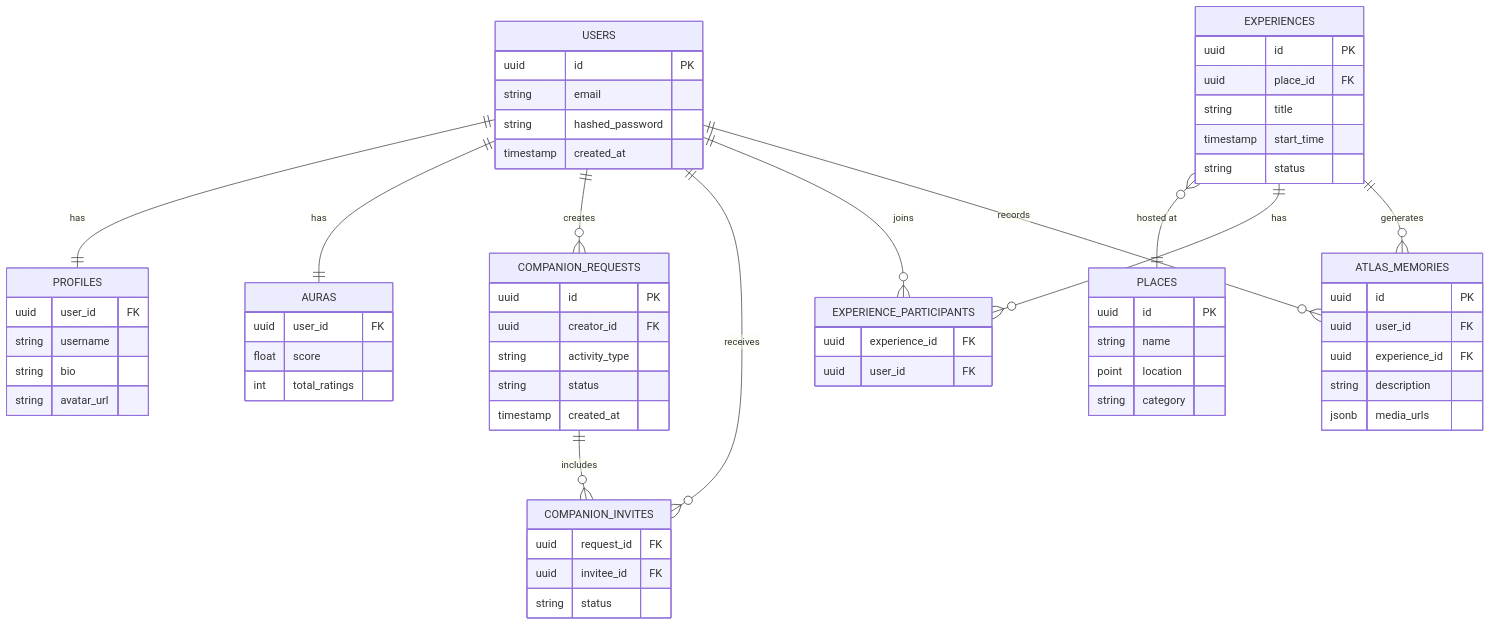
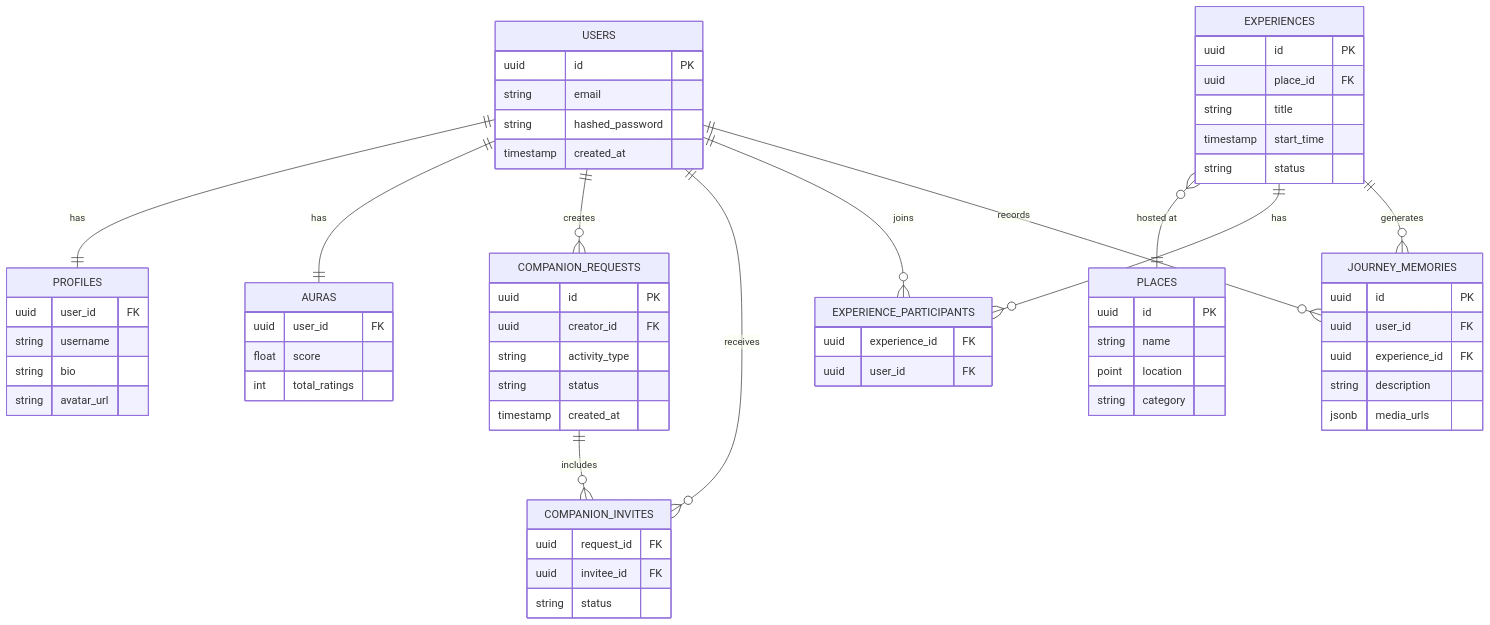
The diagram in docs/02-Database/Master-ER-Diagram.md (nerdlydev/yume), drawn with Mermaid before and after one commit. The commit also changed 18 other files, not shown here.

````diff
--- a/docs/02-Database/Master-ER-Diagram.md
+++ b/docs/02-Database/Master-ER-Diagram.md
@@ -66,8 +66,8 @@
         uuid user_id FK
     }
 
-    %% Atlas Domain
-    ATLAS_MEMORIES {
+    %% Journey Domain
+    JOURNEY_MEMORIES {
         uuid id PK
         uuid user_id FK
         uuid experience_id FK
@@ -87,6 +87,6 @@
     EXPERIENCES ||--o{ EXPERIENCE_PARTICIPANTS : "has"
     USERS ||--o{ EXPERIENCE_PARTICIPANTS : "joins"
     
-    USERS ||--o{ ATLAS_MEMORIES : "records"
-    EXPERIENCES ||--o{ ATLAS_MEMORIES : "generates"
+    USERS ||--o{ JOURNEY_MEMORIES : "records"
+    EXPERIENCES ||--o{ JOURNEY_MEMORIES : "generates"
 ```
````
